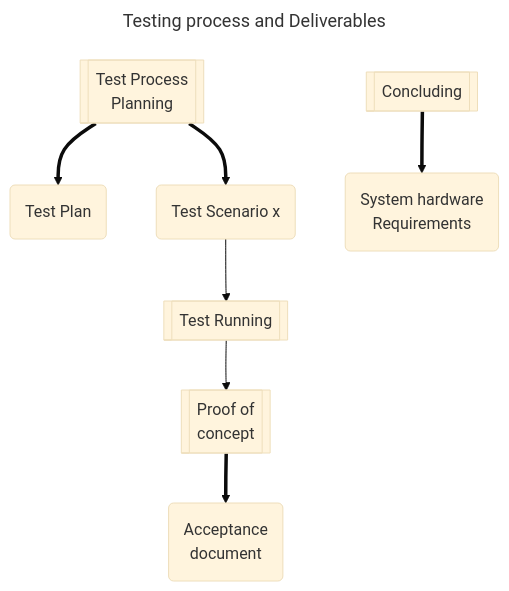
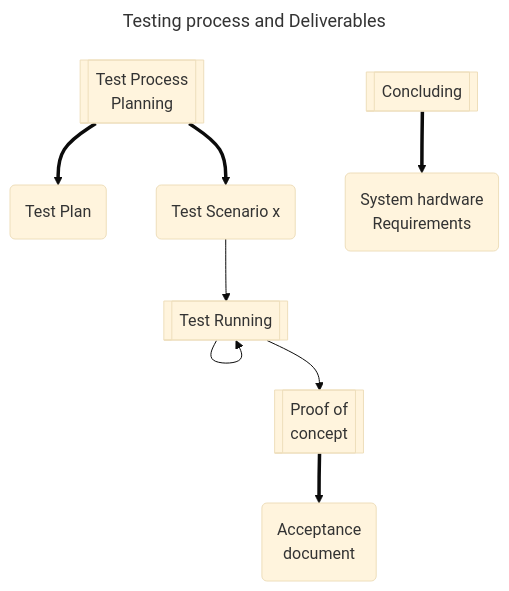
One commit to petre-renware/sdeven changed the second of 2 diagrams in doc_src/SDEVEN.25_SYTEST.md. Above: the diagram before and after it, drawn with Mermaid (base theme).

````diff
--- a/doc_src/SDEVEN.25_SYTEST.md
+++ b/doc_src/SDEVEN.25_SYTEST.md
@@ -200,27 +200,28 @@
 ```mermaid
 ---
 title: Testing process and Deliverables
 ---
 flowchart TD
     pln[["Test Process \n Planning"]]
     exec[["Test Running"]]
     poc[["Proof of \n concept"]]
     concl[["Concluding"]]
 
     tpln("Test Plan")
     tsce("Test Scenario x")
     pocdoc("Acceptance \n document")
     sysrq("System hardware \n Requirements")
 
 
     pln ==> tpln
     pln ==> tsce
 
     tsce --> exec
+    exec --> exec
     exec --> poc
 
     poc ==> pocdoc
     concl ==> sysrq
 
 
 ```
````
